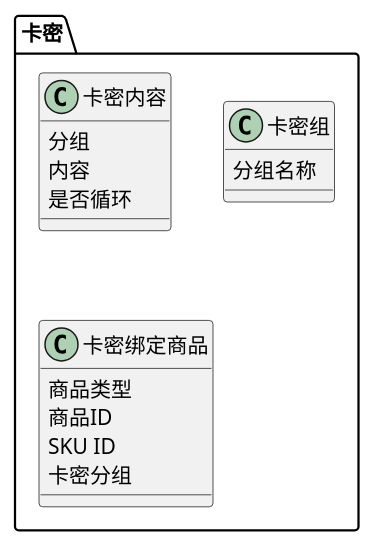
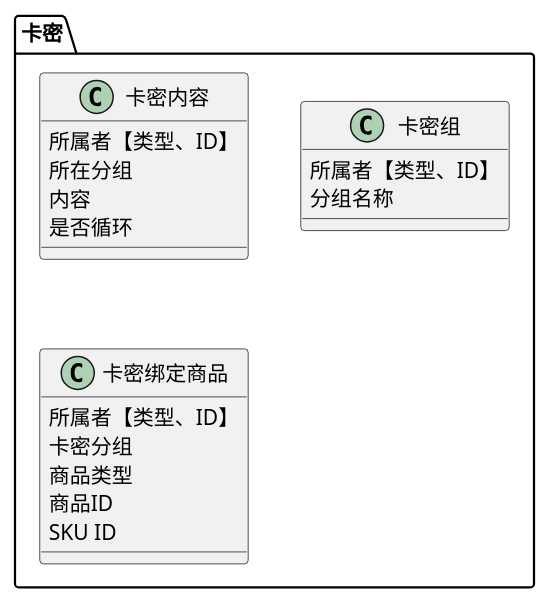
The diagram in README.md (red-jasmine/framework), drawn with PlantUML before and after one commit.

Commit message:
docs: 文档修改

````diff
--- a/README.md
+++ b/README.md
@@ -15,20 +15,24 @@
 ```plantuml
 package 卡密 {
 	class 卡密内容{
-	 分组
+	 所属者【类型、ID】
+	 所在分组
 	 内容
 	 是否循环
 	}
 	class 卡密组{
+	 所属者【类型、ID】
 	 分组名称
 	}
 
 	class 卡密绑定商品{
+	 	 所属者【类型、ID】
+		 卡密分组
 		 商品类型
 		 商品ID
 		 SKU ID
-		 卡密分组
+		 
 		}
 }
 
 ```
````
